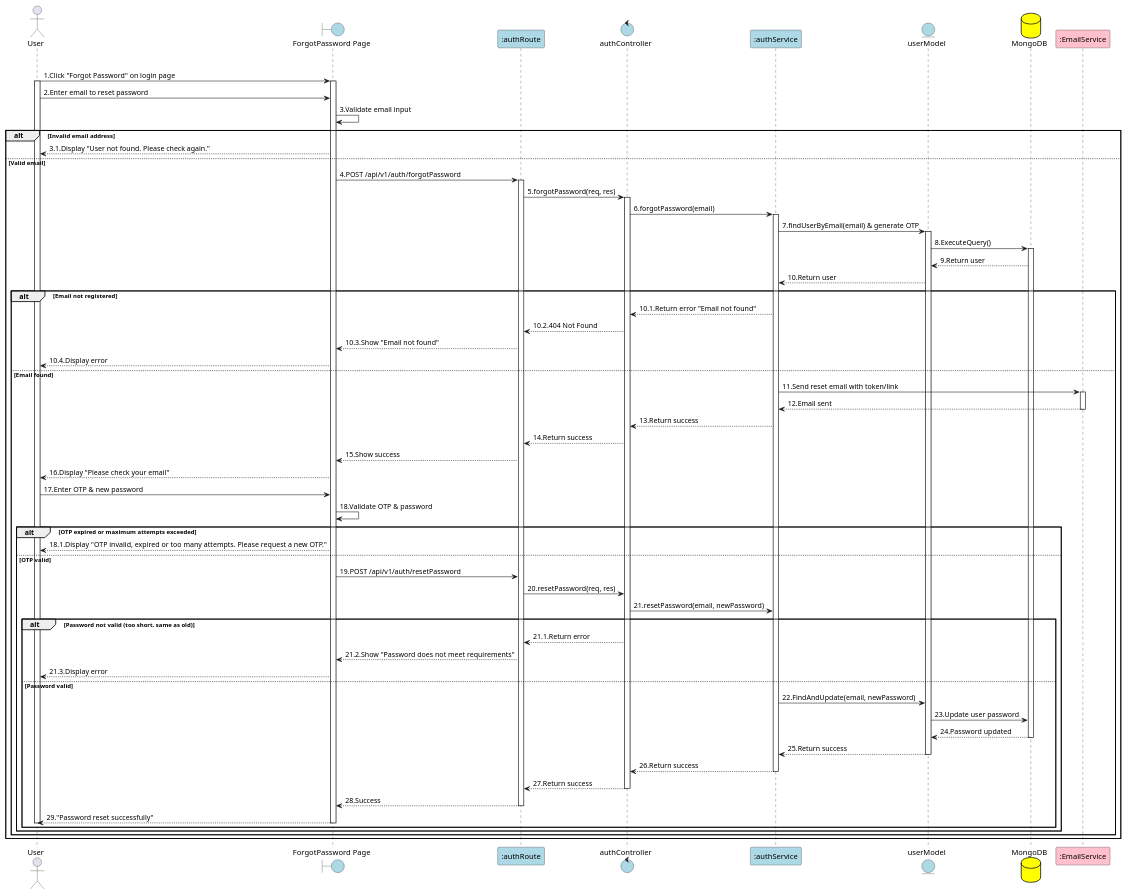
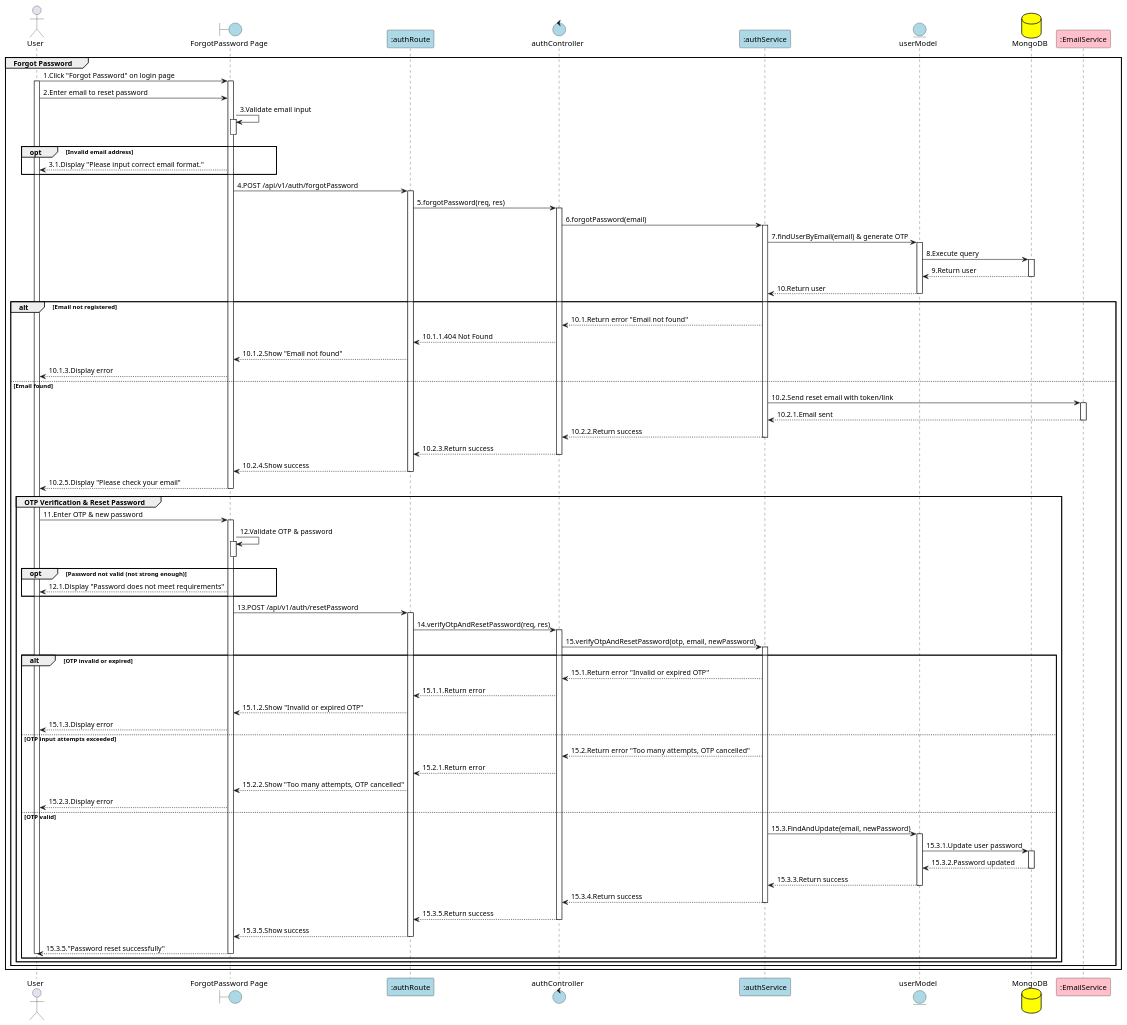
Before and after one commit to Aohkne/CaloCook: the diagram in PlanUML/3_forgotPassword.puml, drawn with PlantUML. The commit also changed 17 other files, not shown here.

```diff
--- a/PlanUML/3_forgotPassword.puml
+++ b/PlanUML/3_forgotPassword.puml
@@ -1,97 +1,119 @@
 @startuml ForgotPassword
 
 actor User as "User"
 boundary "ForgotPassword Page" as View #lightblue
 participant ":authRoute" as Route #lightblue
 control "authController" as Controller #lightblue
 participant ":authService" as Service #lightblue
 entity "userModel" as Model #lightblue
 database "MongoDB" as MongoDB #yellow
 participant ":EmailService" as Mailer #pink
 
 group Forgot Password
-User -> View: 1.Click "Forgot Password" on login page
-activate View
-activate User
-User -> View: 2.Enter email to reset password
+    User -> View: 1.Click "Forgot Password" on login page
+    activate View
+    activate User
+    User -> View: 2.Enter email to reset password
 
-View -> View: 3.Validate email input
+    View -> View: 3.Validate email input
+    activate View
+    deactivate View
+    
+    opt Invalid email address
+        View --> User: 3.1.Display "Please input correct email format."
+    end
 
-alt Invalid email address
-    View --> User: 3.1.Display "User not found. Please check again."
-else Valid email
     View -> Route: 4.POST /api/v1/auth/forgotPassword
     activate Route
-
+   
     Route -> Controller: 5.forgotPassword(req, res)
     activate Controller
 
     Controller -> Service: 6.forgotPassword(email)
     activate Service
 
     Service -> Model: 7.findUserByEmail(email) & generate OTP
     activate Model
 
-    Model -> MongoDB: 8.ExecuteQuery()
+    Model -> MongoDB: 8.Execute query
     activate MongoDB
     MongoDB --> Model: 9.Return user
+    deactivate MongoDB
 
     Model --> Service: 10.Return user
+    deactivate Model
 
     alt Email not registered
         Service --> Controller: 10.1.Return error "Email not found"
-        Controller --> Route: 10.2.404 Not Found
-        Route --> View: 10.3.Show "Email not found"
-        View --> User: 10.4.Display error
+        Controller --> Route: 10.1.1.404 Not Found
+        Route --> View: 10.1.2.Show "Email not found"
+        View --> User: 10.1.3.Display error
     else Email found
-        Service -> Mailer: 11.Send reset email with token/link
+        Service -> Mailer: 10.2.Send reset email with token/link
         activate Mailer
-        Mailer --> Service: 12.Email sent
+        Mailer --> Service: 10.2.1.Email sent
         deactivate Mailer
 
-        Service --> Controller: 13.Return success
-        Controller --> Route: 14.Return success
+        Service --> Controller: 10.2.2.Return success
+        deactivate Service
+        Controller --> Route: 10.2.3.Return success
+        deactivate Controller
+        Route --> View: 10.2.4.Show success
+        deactivate Route
+        View --> User: 10.2.5.Display "Please check your email"
+        deactivate View
 
-        Route --> View: 15.Show success
+        group OTP Verification & Reset Password
+            User -> View: 11.Enter OTP & new password
+            activate View
+            View -> View: 12.Validate OTP & password
+            activate View
+            deactivate View
 
-        View --> User: 16.Display "Please check your email"
+            opt Password not valid (not strong enough)
+                View --> User: 12.1.Display "Password does not meet requirements"
+            end
 
-        User -> View: 17.Enter OTP & new password
-View -> View: 18.Validate OTP & password
+            View -> Route: 13.POST /api/v1/auth/resetPassword
+            activate Route
+            Route -> Controller: 14.verifyOtpAndResetPassword(req, res)
+            activate Controller
+            Controller -> Service: 15.verifyOtpAndResetPassword(otp, email, newPassword)
+            activate Service
+            
 
-alt OTP expired or maximum attempts exceeded
-    View --> User: 18.1.Display "OTP invalid, expired or too many attempts. Please request a new OTP."
-else OTP valid
-    View -> Route: 19.POST /api/v1/auth/resetPassword
+            alt OTP invalid or expired
+                Service --> Controller: 15.1.Return error "Invalid or expired OTP"
+                Controller --> Route: 15.1.1.Return error
+                Route --> View: 15.1.2.Show "Invalid or expired OTP"
+                View --> User: 15.1.3.Display error
+            else OTP input attempts exceeded
+                Service --> Controller: 15.2.Return error "Too many attempts, OTP cancelled"
+                Controller --> Route: 15.2.1.Return error
+                Route --> View: 15.2.2.Show "Too many attempts, OTP cancelled"
+                View --> User: 15.2.3.Display error
+            else OTP valid
+                Service -> Model: 15.3.FindAndUpdate(email, newPassword)
+                activate Model
+                Model -> MongoDB: 15.3.1.Update user password
+                activate MongoDB
+                MongoDB --> Model: 15.3.2.Password updated
+                deactivate MongoDB
+                Model --> Service: 15.3.3.Return success
+                deactivate Model
 
-    Route -> Controller: 20.resetPassword(req, res)
-
-    Controller -> Service: 21.resetPassword(email, newPassword)
-
-    alt Password not valid (too short, same as old)
-        Controller --> Route: 21.1.Return error
-        Route --> View: 21.2.Show "Password does not meet requirements"
-        View --> User: 21.3.Display error
-    else Password valid
-        Service -> Model: 22.FindAndUpdate(email, newPassword)
-        Model -> MongoDB: 23.Update user password
-        MongoDB --> Model: 24.Password updated
-        deactivate MongoDB
-        Model --> Service: 25.Return success
-        deactivate Model
-
-        Service --> Controller: 26.Return success
-        deactivate Service
-        Controller --> Route: 27.Return success
-        deactivate Controller
-        Route --> View: 28.Success
-        deactivate Route
-        View --> User: 29."Password reset successfully"
-        deactivate View
-        deactivate User
+                Service --> Controller: 15.3.4.Return success
+                deactivate Service
+                Controller --> Route: 15.3.5.Return success
+                deactivate Controller
+                Route --> View: 15.3.5.Show success
+                deactivate Route
+                View --> User: 15.3.5."Password reset successfully"
+                deactivate View
+                deactivate User
+            end
+        end
     end
-end
-end
 end
 
 @enduml
```
